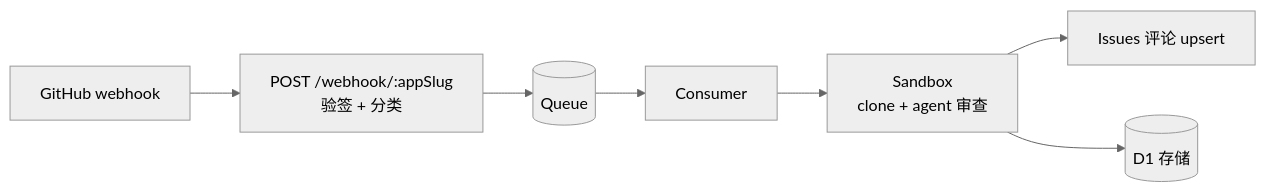
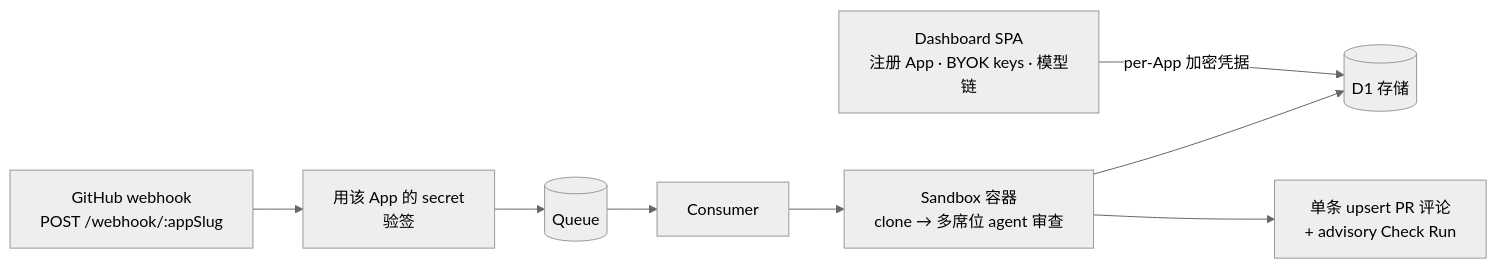
One commit to btspoony/mstar-inspector changed the diagram in README_CN.md. Above: the diagram before and after it, drawn with Mermaid (neutral theme). The commit also changed other lines of this file and 1 other file, not shown here.

````diff
--- a/README_CN.md
+++ b/README_CN.md
@@ -29,9 +30,10 @@
 ```mermaid
 flowchart LR
-    GH["GitHub webhook"] --> WH["POST /webhook/:appSlug<br/>验签 + 分类"]
+    D["Dashboard SPA<br/>注册 App · BYOK keys · 模型链"] -->|"per-App 加密凭据"| DB[("D1 存储")]
+    GH["GitHub webhook<br/>POST /webhook/:appSlug"] --> WH["用该 App 的 secret<br/>验签"]
     WH --> Q[("Queue")]
     Q --> CO["Consumer"]
-    CO --> SB["Sandbox<br/>clone + agent 审查"]
-    SB --> CM["Issues 评论 upsert"]
-    SB --> DB[("D1 存储")]
+    CO --> SB["Sandbox 容器<br/>clone → 多席位 agent 审查"]
+    SB --> CM["单条 upsert PR 评论<br/>+ advisory Check Run"]
+    SB --> DB
 ```
````
